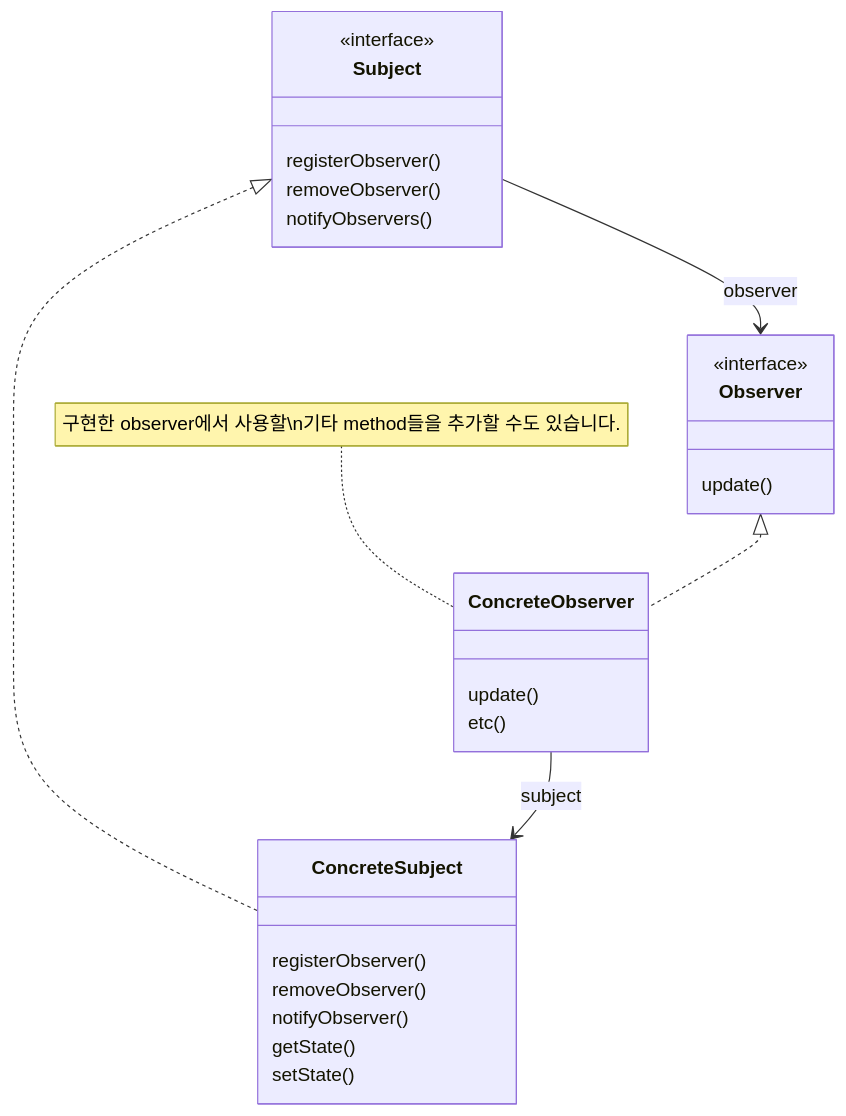
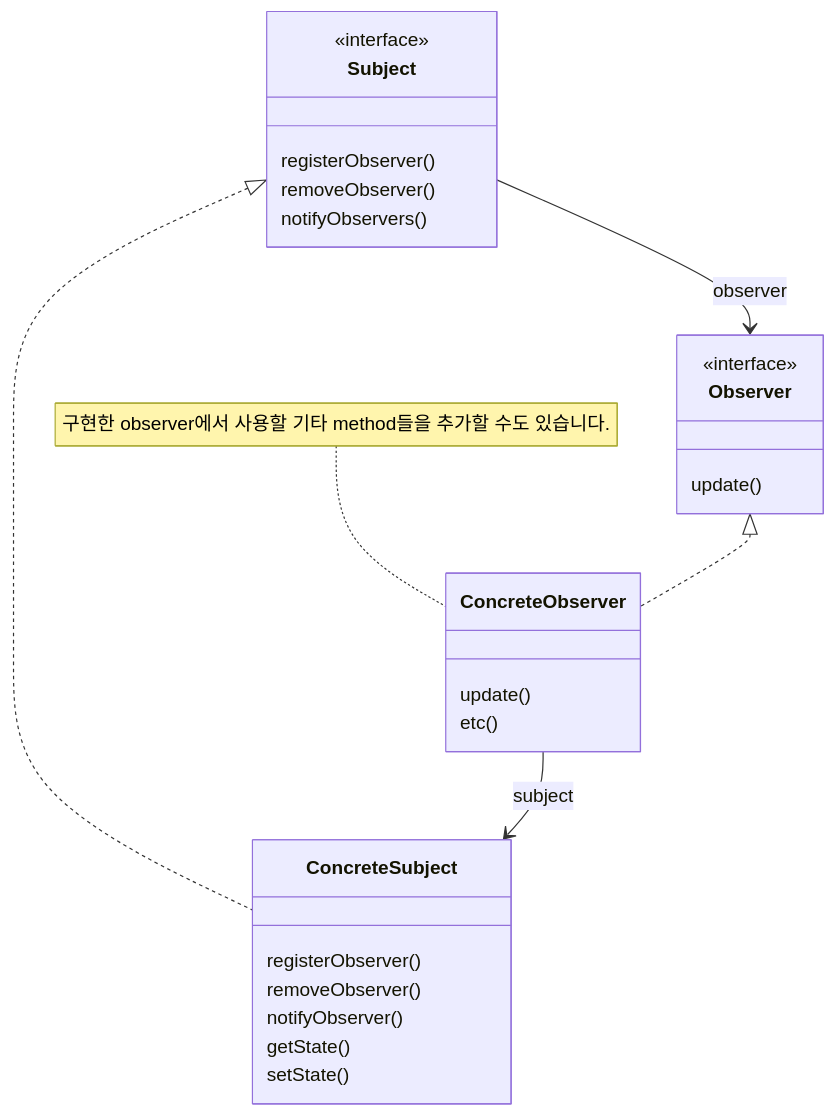
One commit to choesimin/choesimin.github.io changed the first of 2 diagrams in collections/_skills/design-pattern/observer-pattern.md. Above: the diagram before and after it, drawn with Mermaid. The commit also changed 1 other file, not shown here.

````diff
--- a/collections/_skills/design-pattern/observer-pattern.md
+++ b/collections/_skills/design-pattern/observer-pattern.md
@@ -42,37 +42,37 @@
 ```mermaid
 classDiagram
 
 class Subject {
     <<interface>>
     registerObserver()
     removeObserver()
     notifyObservers()
 }
 
 class Observer {
     <<interface>>
     update()
 }
 
 class ConcreteSubject {
     registerObserver()
     removeObserver()
     notifyObserver()
 
     getState()
     setState()
 }
 
 class ConcreteObserver {
     update()
     etc()
 }
 
 Subject <|.. ConcreteSubject
 Observer <|.. ConcreteObserver
 
 Subject --> Observer : observer
 ConcreteObserver --> ConcreteSubject : subject
 
-note for ConcreteObserver "구현한 observer에서 사용할\n기타 method들을 추가할 수도 있습니다."
+note for ConcreteObserver "구현한 observer에서 사용할 기타 method들을 추가할 수도 있습니다."
 ```
````
